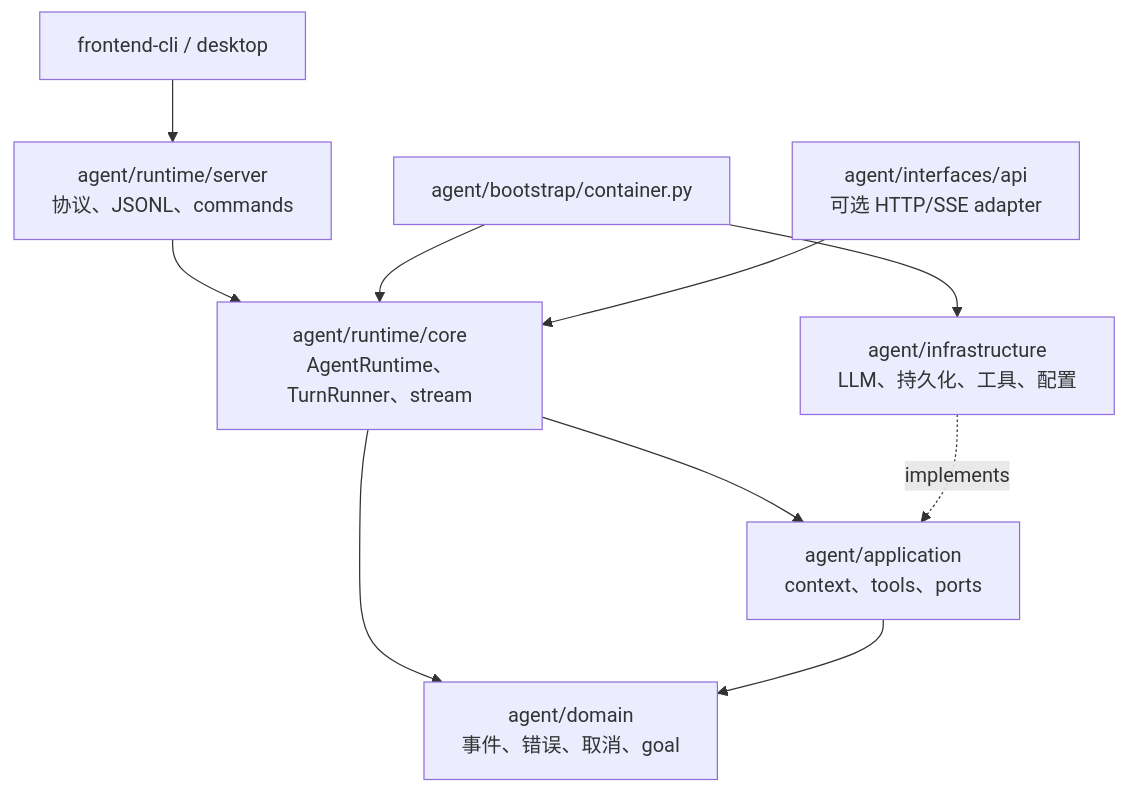
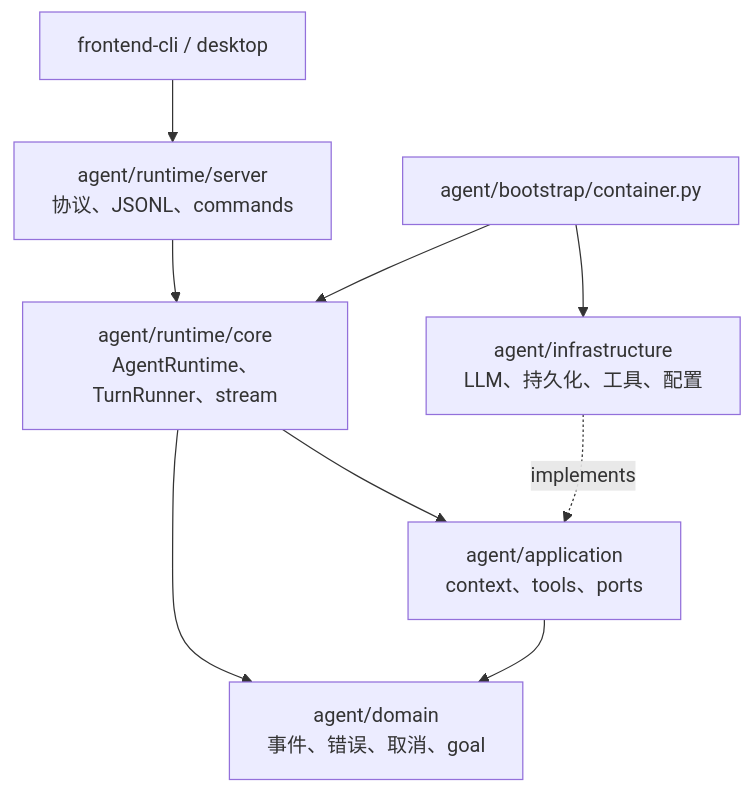
The first of 2 diagrams in docs/architecture.md (Azzurroooo/rind), drawn with Mermaid before and after one commit. The commit also changed other lines of this file and 38 other files, not shown here.

````diff
--- a/docs/architecture.md
+++ b/docs/architecture.md
@@ -7,12 +7,11 @@
 ```mermaid
 flowchart TB
     Surface["frontend-cli / desktop"] --> Server["agent/runtime/server\n协议、JSONL、commands"]
     Server --> Core["agent/runtime/core\nAgentRuntime、TurnRunner、stream"]
     Core --> Application["agent/application\ncontext、tools、ports"]
     Core --> Domain["agent/domain\n事件、错误、取消、goal"]
     Application --> Domain
     Bootstrap["agent/bootstrap/container.py"] --> Core
     Bootstrap --> Infrastructure["agent/infrastructure\nLLM、持久化、工具、配置"]
     Infrastructure -. implements .-> Application
-    API["agent/interfaces/api\n可选 HTTP/SSE adapter"] --> Core
 ```
````
